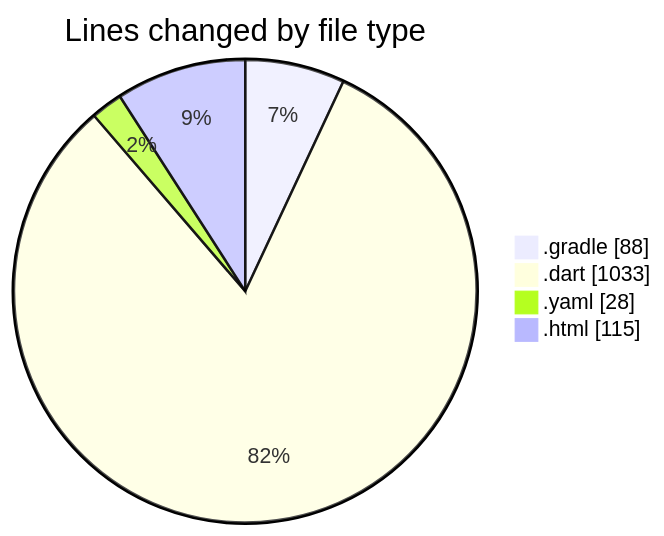
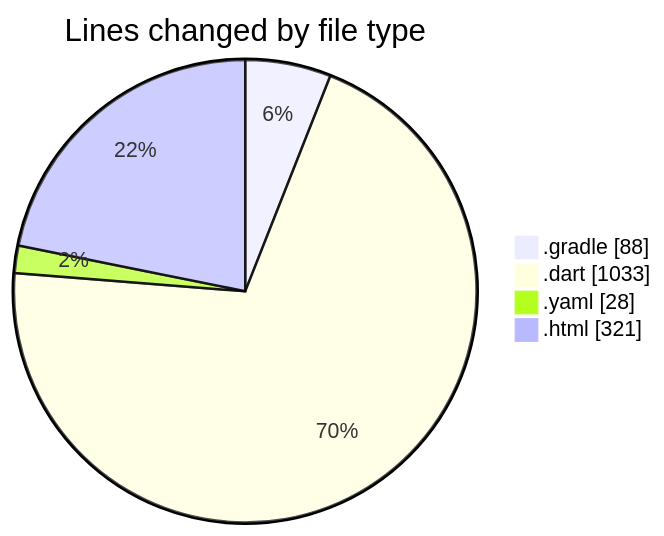
One commit to lephambinh05/code-tracking changed the first of 2 diagrams in 2025-09-07/quanlylink/README.md. Above: the diagram before and after it, drawn with Mermaid. The commit also changed other lines of this file and 1 other file, not shown here.

````diff
--- a/2025-09-07/quanlylink/README.md
+++ b/2025-09-07/quanlylink/README.md
@@ -27,8 +29,8 @@
 ```mermaid
 pie showData
 title Lines changed by file type
 ".gradle" : 88
 ".dart" : 1033
 ".yaml" : 28
-".html" : 115
+".html" : 321
 ```
````
